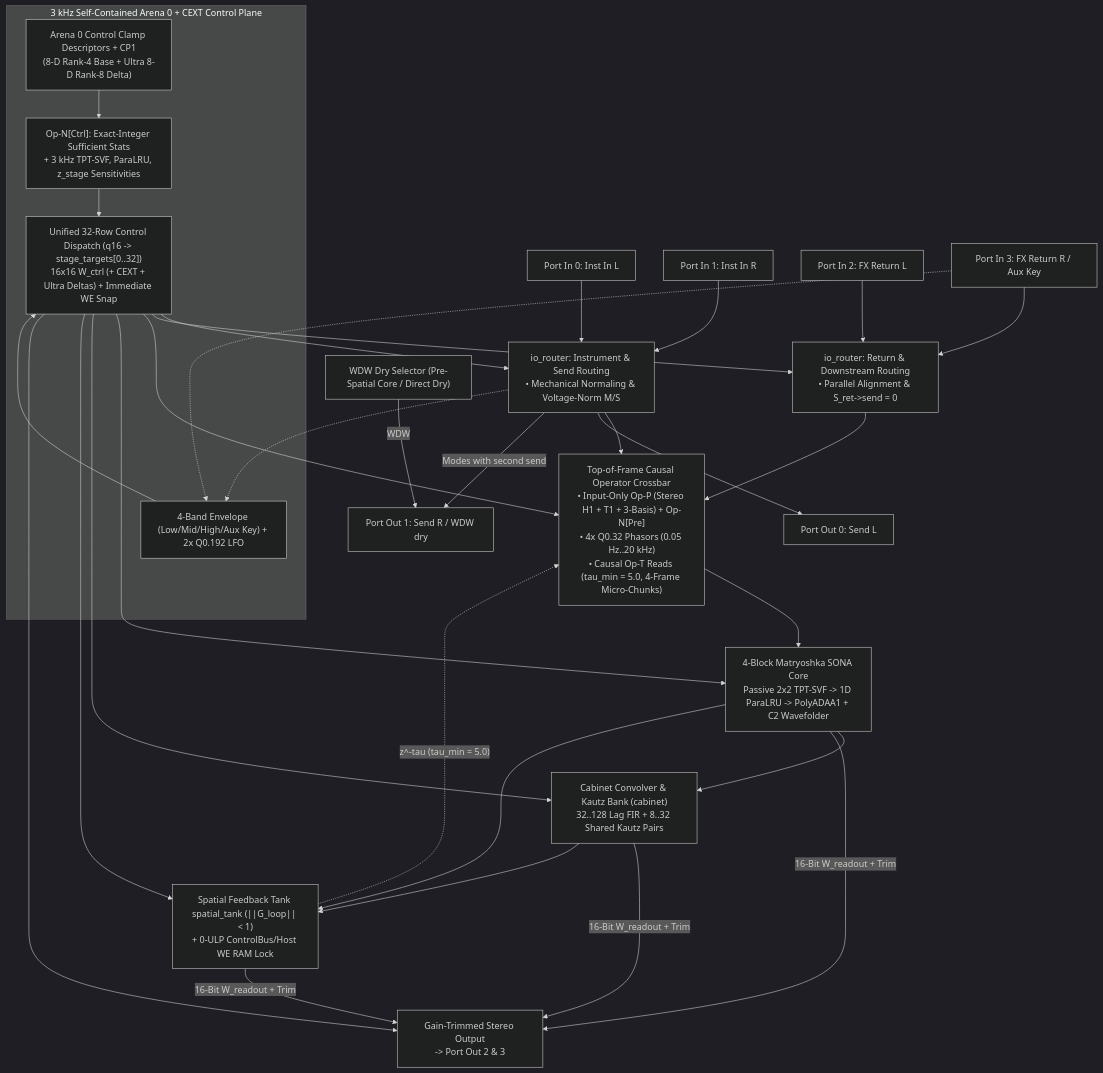
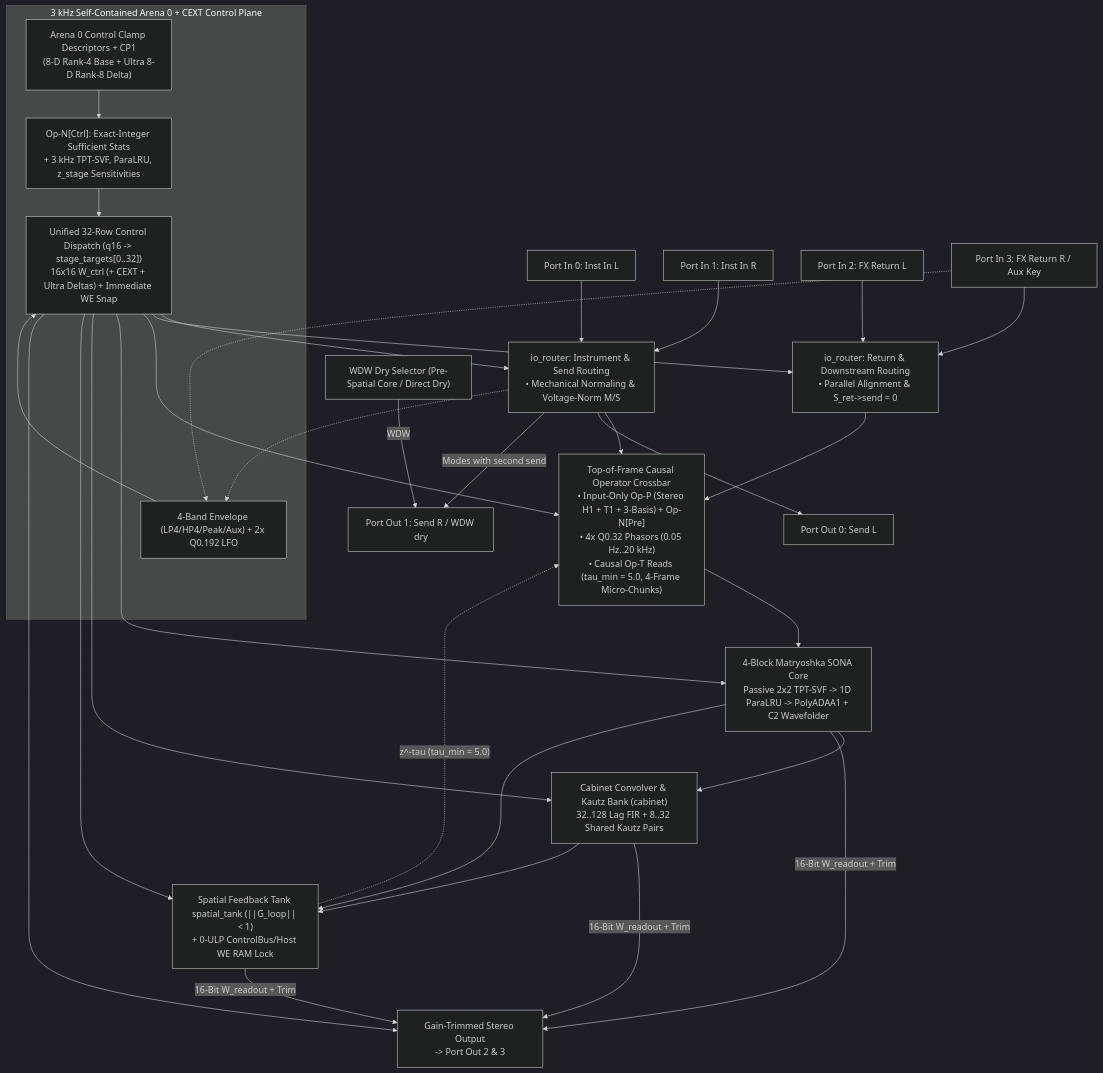
One commit to mokugen/dnam changed the fourth of 7 diagrams in docs/specs/architecture/sona_architecture.md. Above: the diagram before and after it, drawn with Mermaid (dark theme). The commit also changed other lines of this file and 11 other files, not shown here.

````diff
--- a/docs/specs/architecture/sona_architecture.md
+++ b/docs/specs/architecture/sona_architecture.md
@@ -489,26 +514,26 @@
 ```mermaid
 flowchart TD
     subgraph ControlBusGroup ["3 kHz Self-Contained Arena 0 + CEXT Control Plane"]
         CtrlSrc["Arena 0 Control Clamp Descriptors + CP1<br/>(8-D Rank-4 Base + Ultra 8-D Rank-8 Delta)"] --> OpN["Op-N[Ctrl]: Exact-Integer Sufficient Stats<br/>+ 3 kHz TPT-SVF, ParaLRU, z_stage Sensitivities"]
-        EnvLfo["4-Band Envelope (Low/Mid/High/Aux Key) + 2x Q0.192 LFO"] --> CtrlDispatch["Unified 32-Row Control Dispatch (q16 -> stage_targets[0..32])<br/>16x16 W_ctrl (+ CEXT + Ultra Deltas) + Immediate WE Snap"]
+        EnvLfo["4-Band Envelope (LP4/HP4/Peak/Aux) + 2x Q0.192 LFO"] --> CtrlDispatch["Unified 32-Row Control Dispatch (q16 -> stage_targets[0..32])<br/>16x16 W_ctrl (+ CEXT + Ultra Deltas) + Immediate WE Snap"]
         OpN --> CtrlDispatch
     end
 
     In0["Port In 0: Inst In L"] & In1["Port In 1: Inst In R"] --> PreRouter["io_router: Instrument & Send Routing<br/>• Mechanical Normaling & Voltage-Norm M/S"]
     In2["Port In 2: FX Return L"] & In3["Port In 3: FX Return R / Aux Key"] --> DownRouter["io_router: Return & Downstream Routing<br/>• Parallel Alignment & S_ret->send = 0"]
     PreRouter & In3 -.-> EnvLfo
 
     PreRouter --> Crossbar["Top-of-Frame Causal Operator Crossbar<br/>• Input-Only Op-P (Stereo H1 + T1 + 3-Basis) + Op-N[Pre]<br/>• 4x Q0.32 Phasors (0.05 Hz..20 kHz)<br/>• Causal Op-T Reads (tau_min = 5.0, 4-Frame Micro-Chunks)"]
     PreRouter --> Out0["Port Out 0: Send L"]
     PreRouter -->|"Modes with second send"| Out1["Port Out 1: Send R / WDW dry"]
     DryTap["WDW Dry Selector (Pre-Spatial Core / Direct Dry)"] -->|"WDW"| Out1
     DownRouter --> Crossbar
 
     Crossbar --> SonaCore["4-Block Matryoshka SONA Core<br/>Passive 2x2 TPT-SVF -> 1D ParaLRU -> PolyADAA1 + C2 Wavefolder"]
     SonaCore --> Cabinet["Cabinet Convolver & Kautz Bank (cabinet)<br/>32..128 Lag FIR + 8..32 Shared Kautz Pairs"]
     SonaCore & Cabinet & LoopFB -->|"16-Bit W_readout + Trim"| MixOut["Gain-Trimmed Stereo Output<br/>-> Port Out 2 & 3"]
     SonaCore & Cabinet --> LoopFB["Spatial Feedback Tank spatial_tank (||G_loop|| < 1)<br/>+ 0-ULP ControlBus/Host WE RAM Lock"]
     LoopFB -. "z^-tau (tau_min = 5.0)" .-> Crossbar
 
     CtrlDispatch --> PreRouter & DownRouter & Crossbar & SonaCore & Cabinet & LoopFB & MixOut
 ```
````
